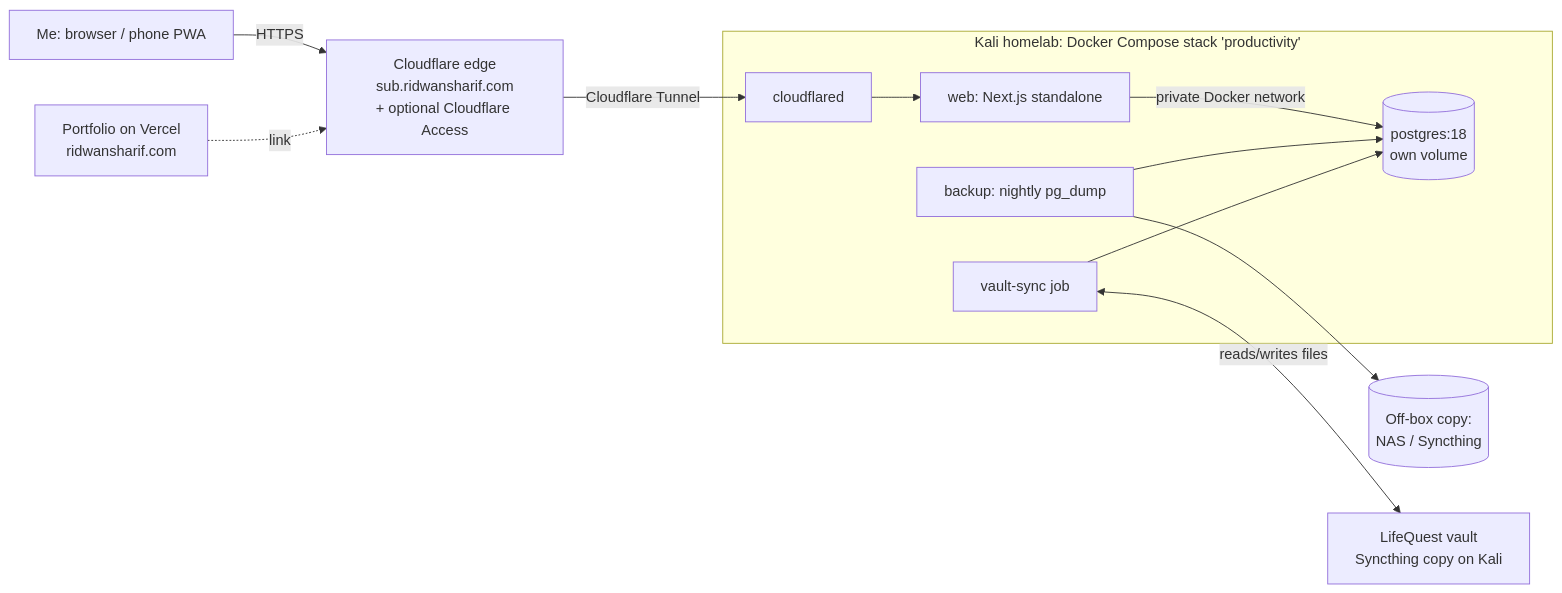
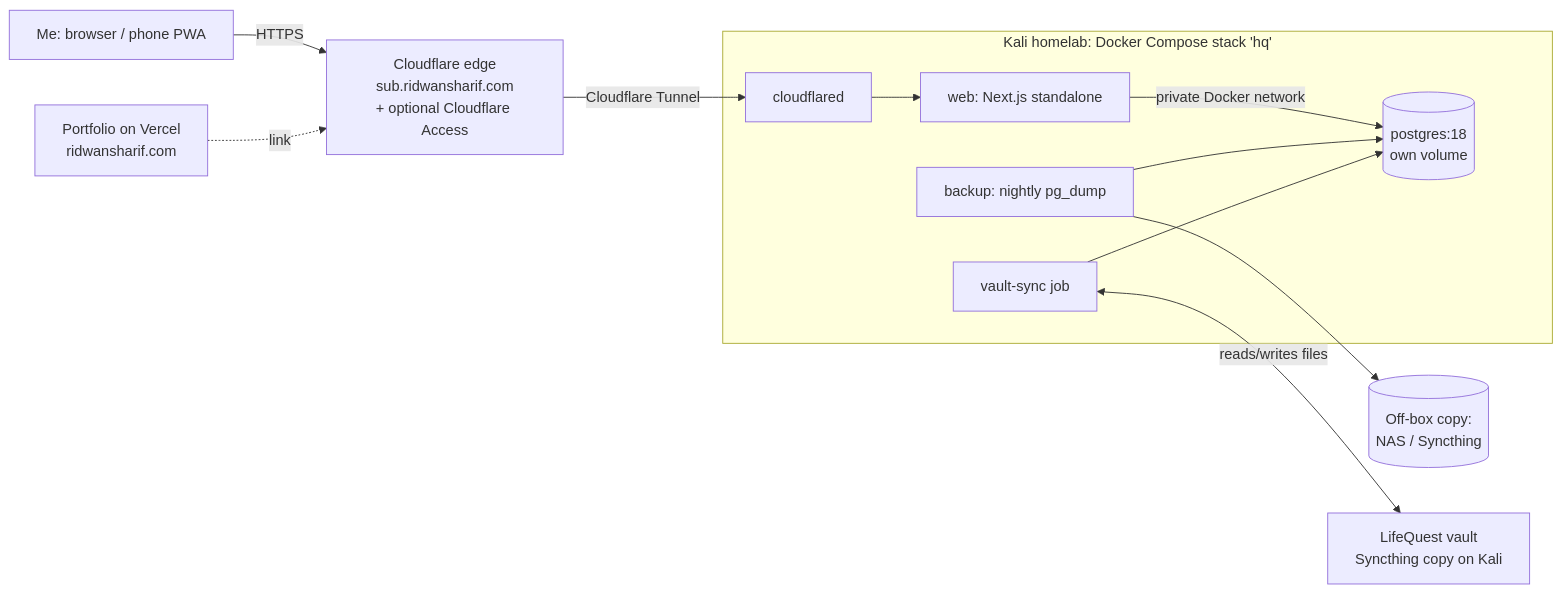
The first of 2 diagrams in PLAN.md (Ridwan155-Akasake/LifeQuest), drawn with Mermaid before and after one commit. The commit also changed other lines of this file and 11 other files, not shown here.

````diff
--- a/PLAN.md
+++ b/PLAN.md
@@ -38,14 +40,14 @@
 ```mermaid
 flowchart LR
   U[Me: browser / phone PWA] -->|HTTPS| CF[Cloudflare edge<br/>sub.ridwansharif.com<br/>+ optional Cloudflare Access]
   CF -->|Cloudflare Tunnel| T[cloudflared]
   P[Portfolio on Vercel<br/>ridwansharif.com] -. link .-> CF
-  subgraph Homelab["Kali homelab: Docker Compose stack 'productivity'"]
+  subgraph Homelab["Kali homelab: Docker Compose stack 'hq'"]
     T --> W[web: Next.js standalone]
     W -->|private Docker network| DB[(postgres:18<br/>own volume)]
     B[backup: nightly pg_dump] --> DB
     S[vault-sync job] --> DB
   end
   B --> X[(Off-box copy:<br/>NAS / Syncthing)]
   S <-->|reads/writes files| O[LifeQuest vault<br/>Syncthing copy on Kali]
 ```
````
